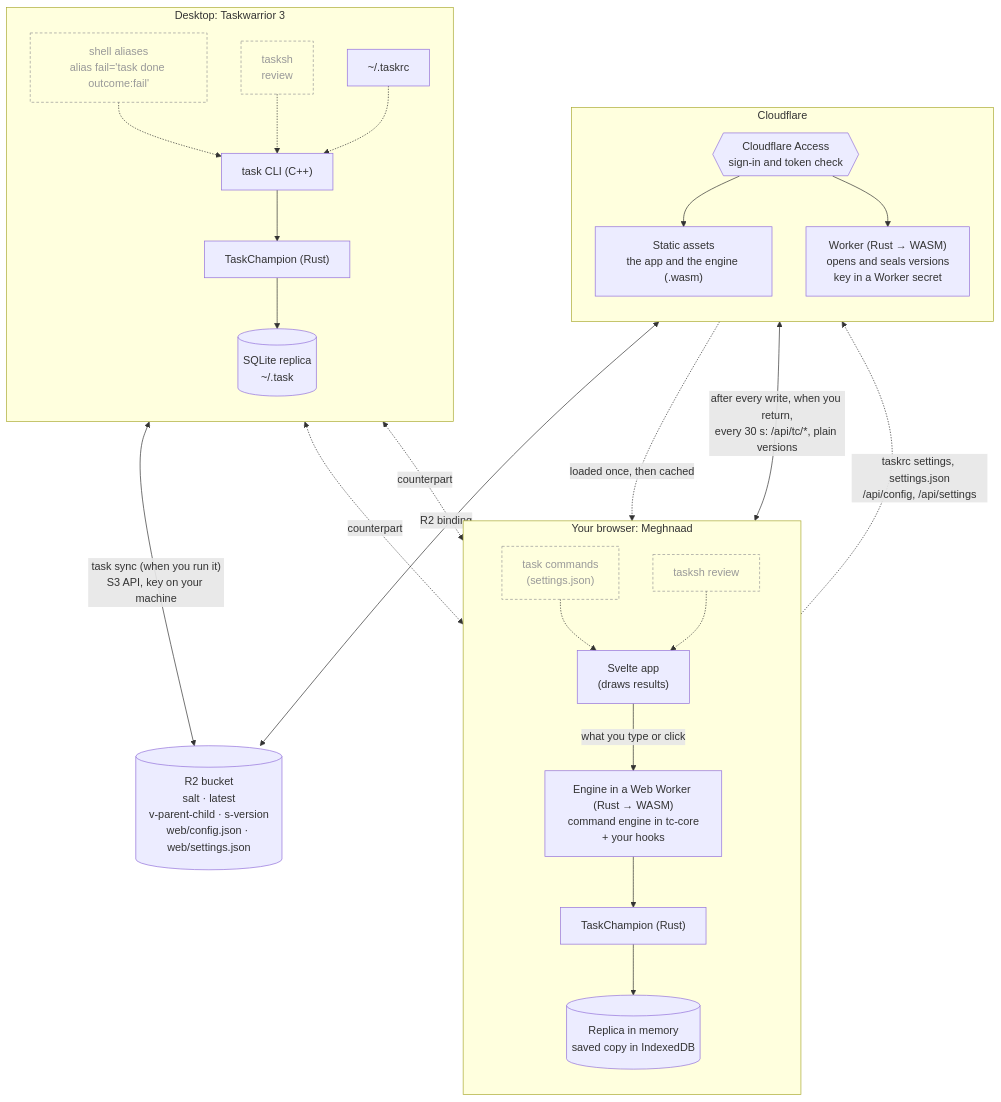
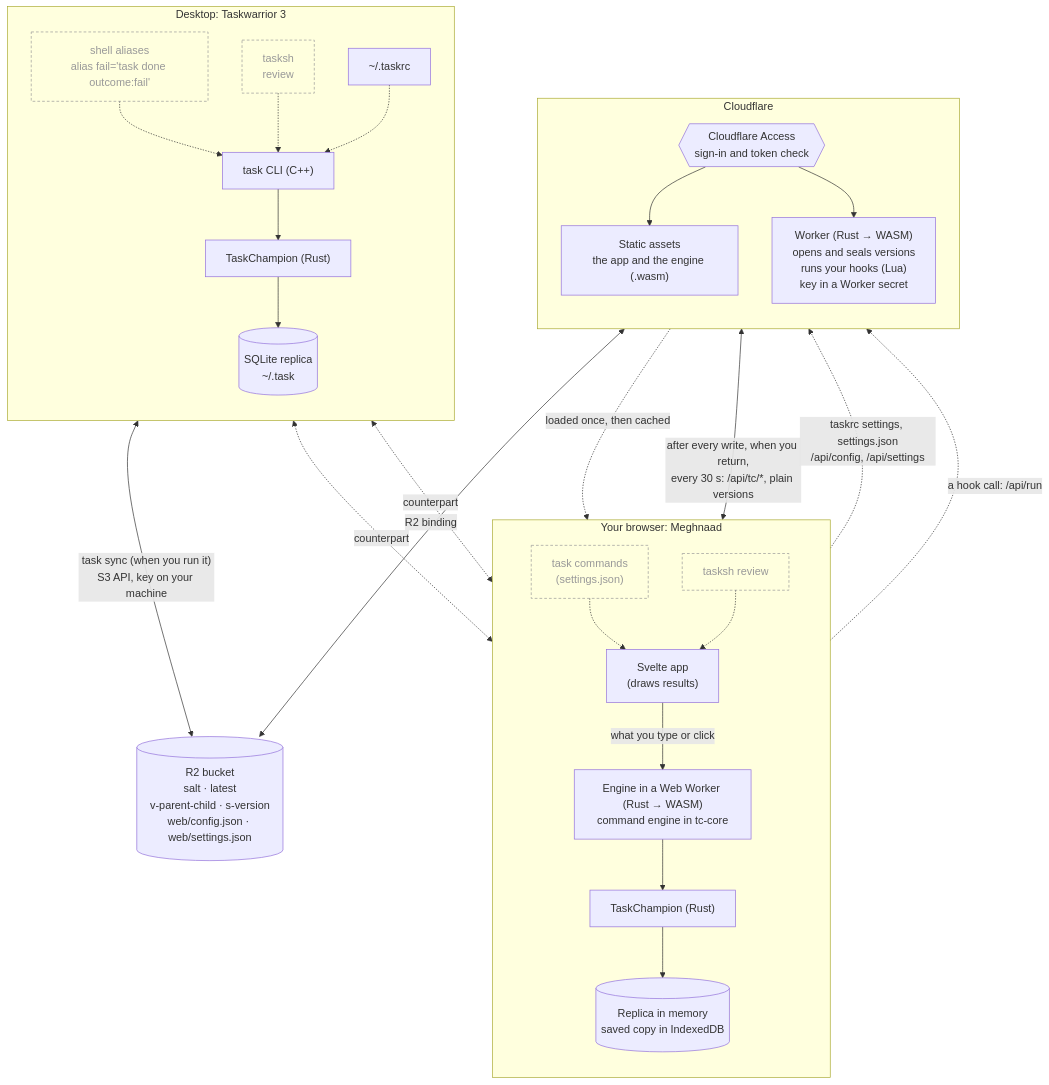
The diagram in README.md (uroybd/Meghnaad), drawn with Mermaid before and after one commit. The commit also changed other lines of this file and 26 other files, not shown here.

First line of the commit message:
feat(web): a Hooks tab with a Lua editor, and the docs, tests and checks for hooks as Lua

````diff
--- a/README.md
+++ b/README.md
@@ -123,52 +123,53 @@
 ```mermaid
 flowchart TB
   subgraph desktop["Desktop: Taskwarrior 3"]
     direction TB
     sh["shell aliases<br/>alias fail='task done outcome:fail'"]
     tsh["tasksh<br/>review"]
     cli["task CLI (C++)"]
     tcd["TaskChampion (Rust)"]
     db[("SQLite replica<br/>~/.task")]
     rc["~/.taskrc"]
     sh -.-> cli
     tsh -.-> cli
     cli --> tcd --> db
     rc -.-> cli
   end
 
   subgraph web["Your browser: Meghnaad"]
     direction TB
     cmds["task commands<br/>(settings.json)"]
     rev["tasksh review"]
     spa["Svelte app<br/>(draws results)"]
-    eng["Engine in a Web Worker (Rust → WASM)<br/>command engine in tc-core<br/>+ your hooks"]
+    eng["Engine in a Web Worker (Rust → WASM)<br/>command engine in tc-core"]
     tcw["TaskChampion (Rust)"]
     mem[("Replica in memory<br/>saved copy in IndexedDB")]
     cmds -.-> spa
     rev -.-> spa
     spa -- "what you type or click" --> eng --> tcw --> mem
   end
 
   subgraph edge["Cloudflare"]
     direction TB
     access{{"Cloudflare Access<br/>sign-in and token check"}}
     assets["Static assets<br/>the app and the engine (.wasm)"]
-    wk["Worker (Rust → WASM)<br/>opens and seals versions<br/>key in a Worker secret"]
+    wk["Worker (Rust → WASM)<br/>opens and seals versions<br/>runs your hooks (Lua)<br/>key in a Worker secret"]
     access --> assets
     access --> wk
   end
 
   bucket[("R2 bucket<br/>salt · latest<br/>v-parent-child · s-version<br/>web/config.json · web/settings.json")]
 
   tcd <-- "task sync (when you run it)<br/>S3 API, key on your machine" --> bucket
   tcw <-- "after every write, when you return,<br/>every 30 s: /api/tc/*, plain versions" --> access
   spa -. "taskrc settings, settings.json<br/>/api/config, /api/settings" .-> access
+  eng -. "a hook call: /api/run" .-> access
   wk <-- "R2 binding" --> bucket
   assets -. "loaded once, then cached" .-> spa
 
   sh <-. "counterpart" .-> cmds
   tsh <-. "counterpart" .-> rev
 
   classDef ext fill:transparent,stroke:#999,color:#999,stroke-dasharray:4 3
   class sh,tsh,cmds,rev ext
 ```
````
